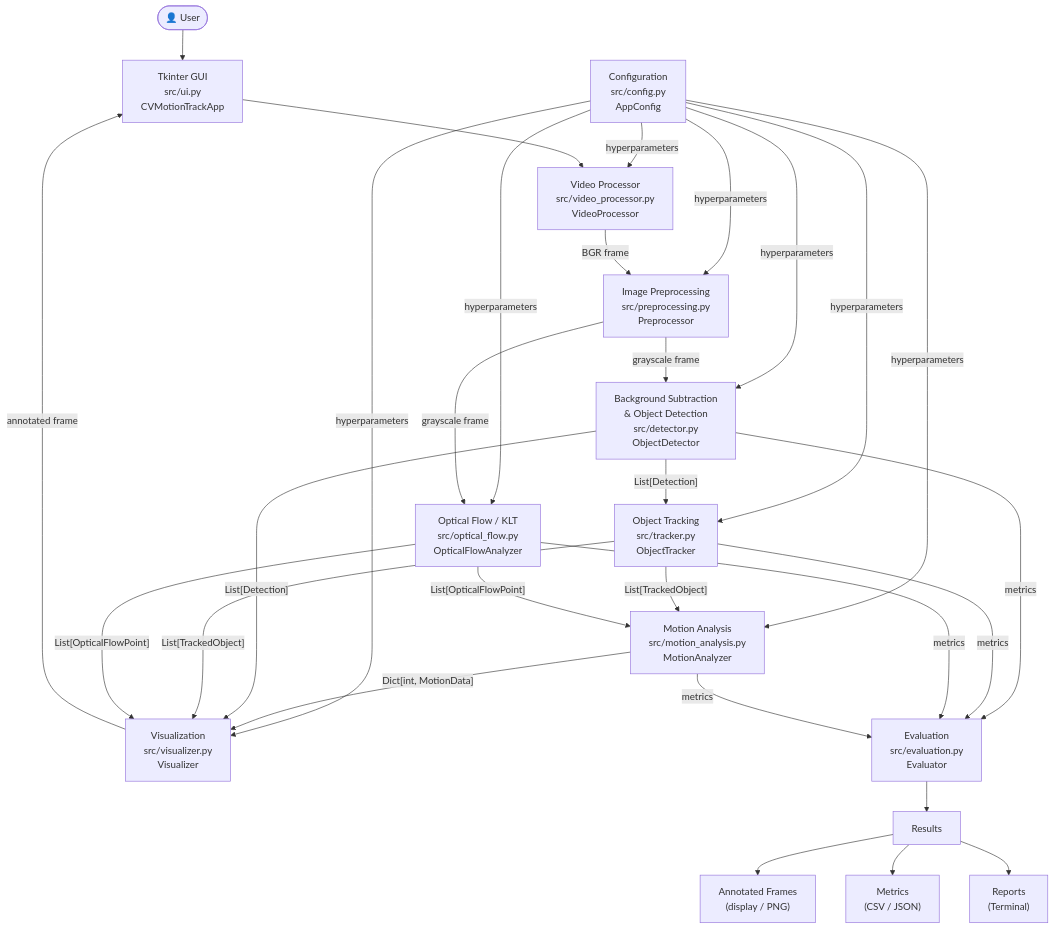
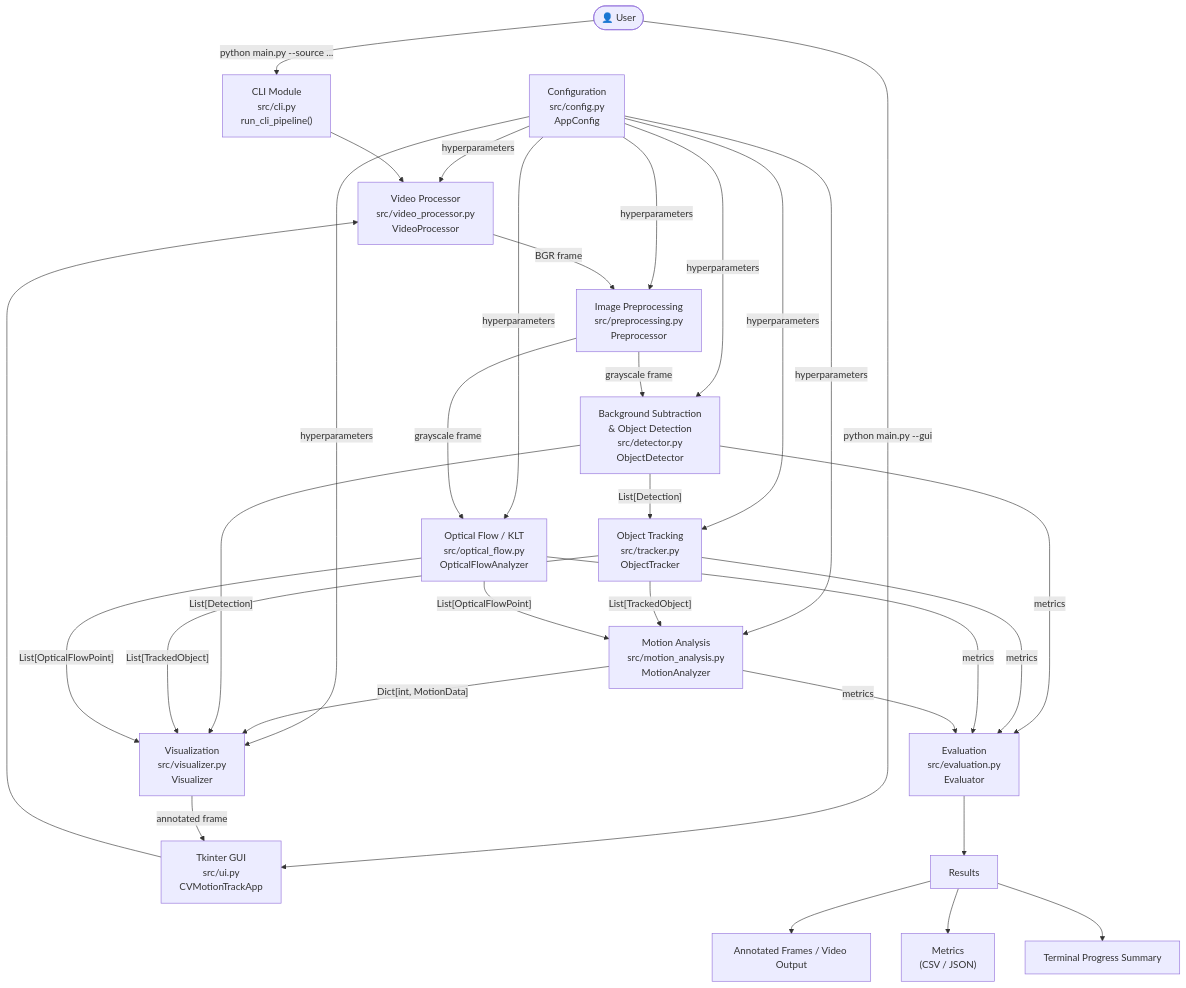
Before and after one commit to shivasingh95/CV-MotionTrack: the first of 2 diagrams in docs/architecture.md, drawn with Mermaid. The commit also changed 7 other files, not shown here.

````diff
--- a/docs/architecture.md
+++ b/docs/architecture.md
@@ -12,50 +12,53 @@
 ```mermaid
 flowchart TD
     User(["👤 User"])
+    CLI["CLI Module\nsrc/cli.py\nrun_cli_pipeline()"]
     UI["Tkinter GUI\nsrc/ui.py\nCVMotionTrackApp"]
     CFG["Configuration\nsrc/config.py\nAppConfig"]
     VP["Video Processor\nsrc/video_processor.py\nVideoProcessor"]
     PP["Image Preprocessing\nsrc/preprocessing.py\nPreprocessor"]
     DET["Background Subtraction\n& Object Detection\nsrc/detector.py\nObjectDetector"]
     TRK["Object Tracking\nsrc/tracker.py\nObjectTracker"]
     OF["Optical Flow / KLT\nsrc/optical_flow.py\nOpticalFlowAnalyzer"]
     MA["Motion Analysis\nsrc/motion_analysis.py\nMotionAnalyzer"]
     VIS["Visualization\nsrc/visualizer.py\nVisualizer"]
     EVAL["Evaluation\nsrc/evaluation.py\nEvaluator"]
 
     RESULTS["Results"]
-    AF["Annotated Frames\n(display / PNG)"]
+    AF["Annotated Frames / Video Output"]
     MET["Metrics\n(CSV / JSON)"]
-    REP["Reports\n(Terminal)"]
+    REP["Terminal Progress Summary"]
 
-    User --> UI
+    User -->|"python main.py --source ..."| CLI
+    User -->|"python main.py --gui"| UI
     CFG -->|"hyperparameters"| VP
     CFG -->|"hyperparameters"| PP
     CFG -->|"hyperparameters"| DET
     CFG -->|"hyperparameters"| TRK
     CFG -->|"hyperparameters"| OF
     CFG -->|"hyperparameters"| MA
     CFG -->|"hyperparameters"| VIS
 
+    CLI --> VP
     UI --> VP
     VP -->|"BGR frame"| PP
     PP -->|"grayscale frame"| DET
     DET -->|"List[Detection]"| TRK
     TRK -->|"List[TrackedObject]"| MA
     PP -->|"grayscale frame"| OF
     OF -->|"List[OpticalFlowPoint]"| MA
     MA -->|"Dict[int, MotionData]"| VIS
     DET -->|"List[Detection]"| VIS
     TRK -->|"List[TrackedObject]"| VIS
     OF -->|"List[OpticalFlowPoint]"| VIS
     VIS -->|"annotated frame"| UI
 
     DET -->|"metrics"| EVAL
     TRK -->|"metrics"| EVAL
     OF -->|"metrics"| EVAL
     MA -->|"metrics"| EVAL
     EVAL --> RESULTS
     RESULTS --> AF
     RESULTS --> MET
     RESULTS --> REP
 ```
````
